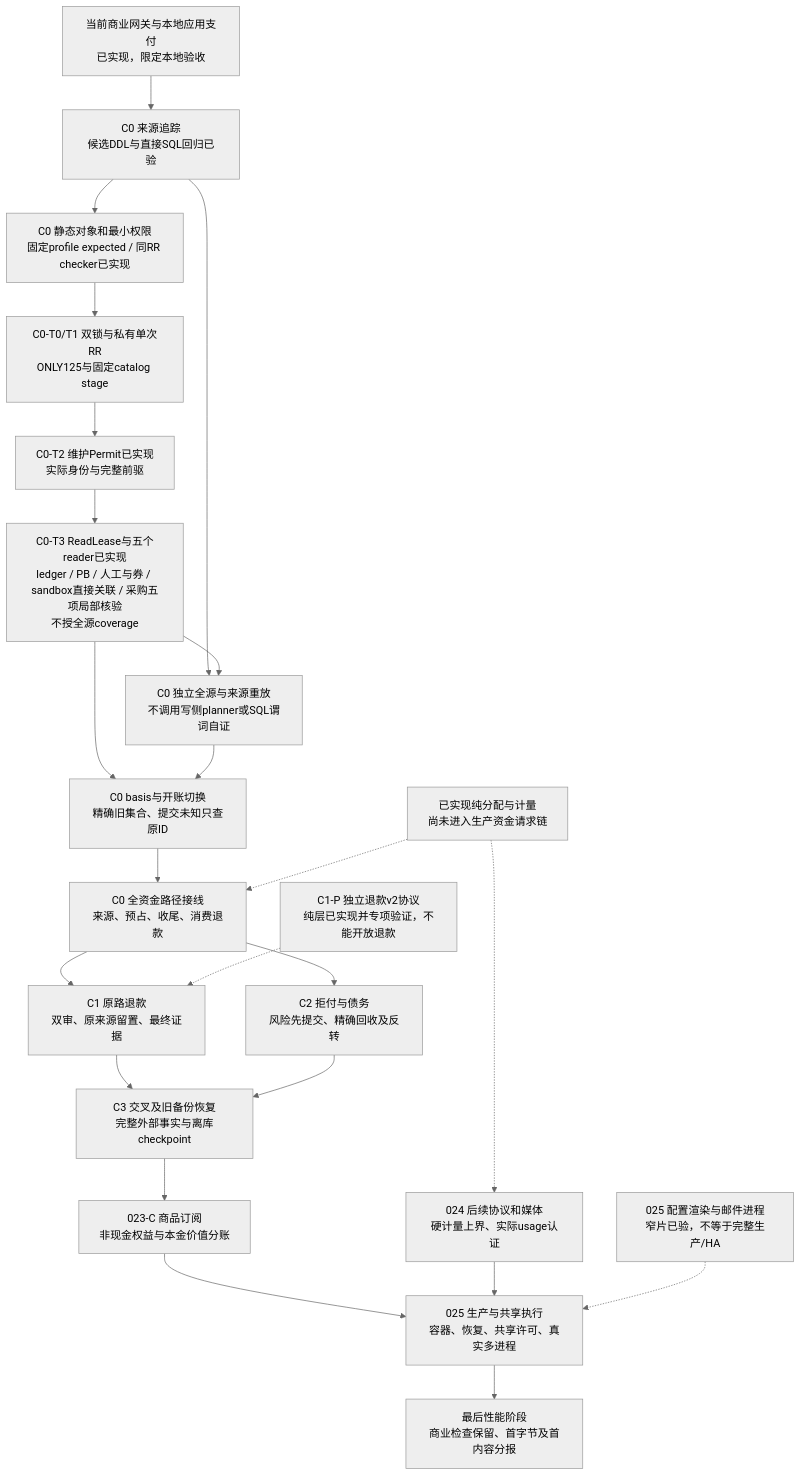
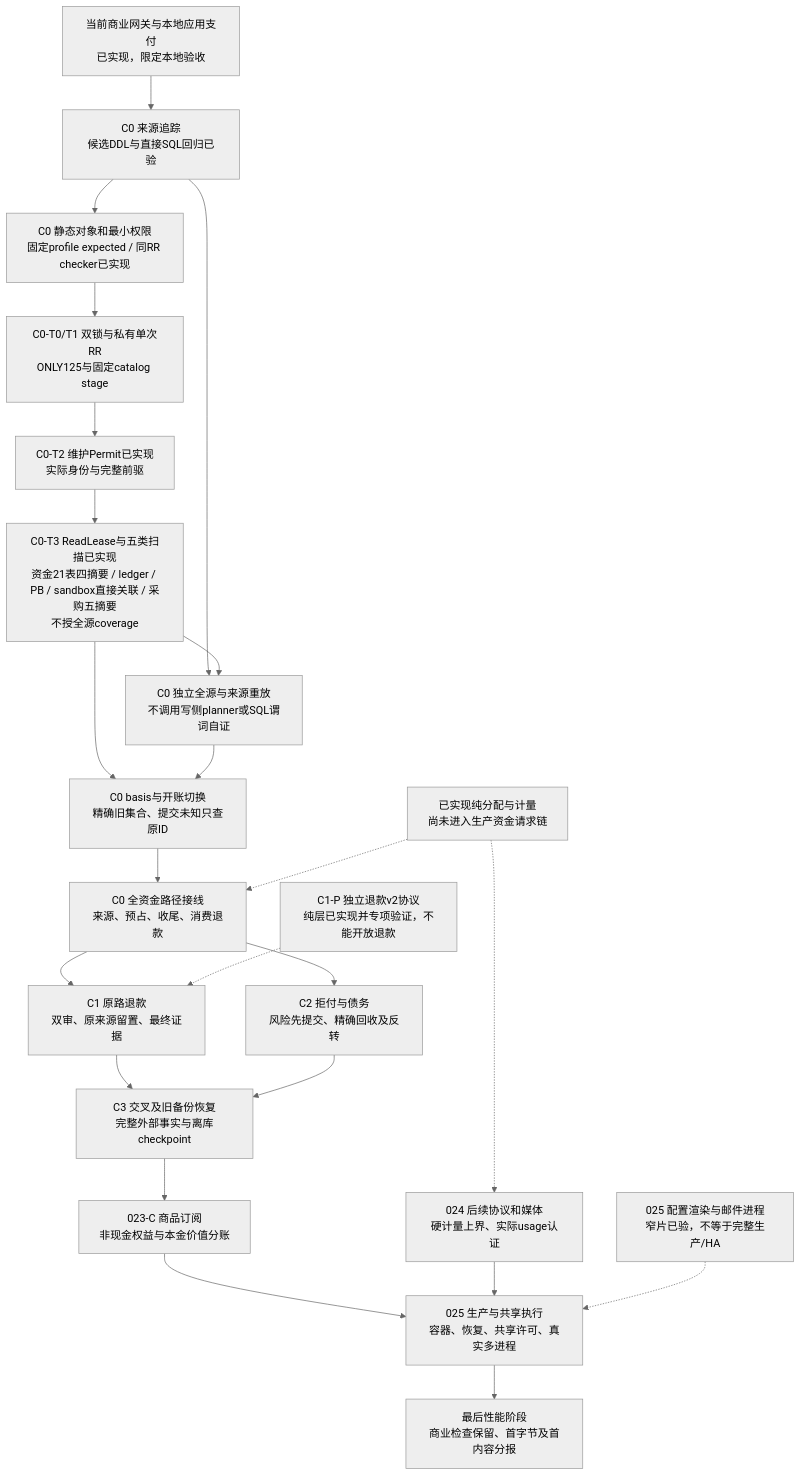
Before and after one commit to workhold/moni-aigate: diagram 16 of 16 in docs/architecture/README.md, drawn with Mermaid (neutral theme). The commit also changed other lines of this file and 27 other files, not shown here.

Commit message:
feat: verify financial source and customer key graphs

````diff
--- a/docs/architecture/README.md
+++ b/docs/architecture/README.md
@@ -873,37 +877,37 @@
 ```mermaid
 flowchart TB
     Base[当前商业网关与本地应用支付\n已实现，限定本地验收]
     Source[C0 来源追踪\n候选DDL与直接SQL回归已验]
     Catalog[C0 静态对象和最小权限\n固定profile expected / 同RR checker已实现]
     Gate[C0-T0/T1 双锁与私有单次RR\nONLY125与固定catalog stage]
     Permit[C0-T2 维护Permit已实现\n实际身份与完整前驱]
-    Lease[C0-T3 ReadLease与五个reader已实现\nledger / PB / 人工与券 / sandbox直接关联 / 采购五项局部核验\n不授全源coverage]
+    Lease[C0-T3 ReadLease与五类扫描已实现\n资金21表四摘要 / ledger / PB / sandbox直接关联 / 采购五摘要\n不授全源coverage]
     Replay[C0 独立全源与来源重放\n不调用写侧planner或SQL谓词自证]
     Init[C0 basis与开账切换\n精确旧集合、提交未知只查原ID]
     Online[C0 全资金路径接线\n来源、预占、收尾、消费退款]
     Refund[C1 原路退款\n双审、原来源留置、最终证据]
     Dispute[C2 拒付与债务\n风险先提交、精确回收及反转]
     Recovery[C3 交叉及旧备份恢复\n完整外部事实与离库checkpoint]
     Products[023-C 商品订阅\n非现金权益与本金价值分账]
     Media[024 后续协议和媒体\n硬计量上界、实际usage认证]
     HA[025 生产与共享执行\n容器、恢复、共享许可、真实多进程]
     Perf[最后性能阶段\n商业检查保留、首字节及首内容分报]
     Pure[已实现纯分配与计量\n尚未进入生产资金请求链]
     Wire[C1-P 独立退款v2协议\n纯层已实现并专项验证，不能开放退款]
     Mail[025 配置渲染与邮件进程\n窄片已验，不等于完整生产/HA]
     Base --> Source
     Source --> Catalog --> Gate --> Permit --> Lease
     Source --> Replay
     Lease --> Replay
     Lease --> Init
     Replay --> Init --> Online
     Online --> Refund --> Recovery
     Online --> Dispute --> Recovery
     Recovery --> Products
     Products --> HA
     Media --> HA --> Perf
     Pure -.-> Online
     Pure -.-> Media
     Wire -.-> Refund
     Mail -.-> HA
 ```
````
